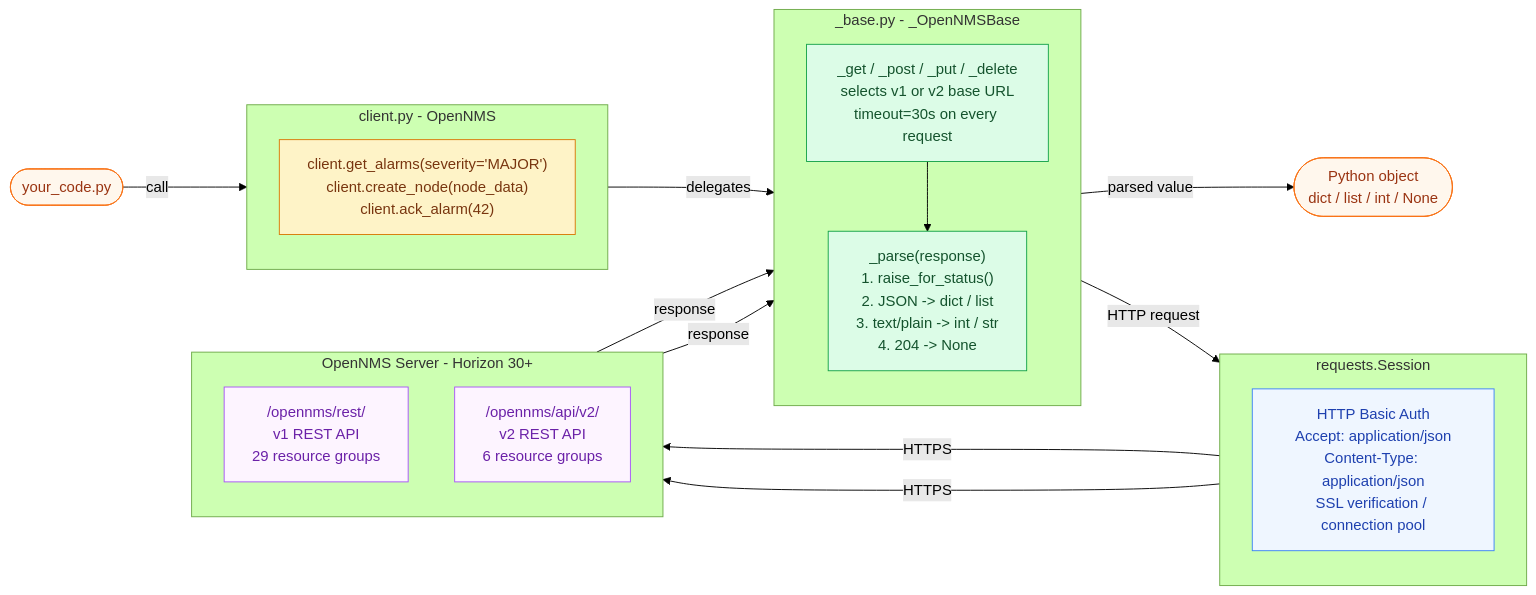
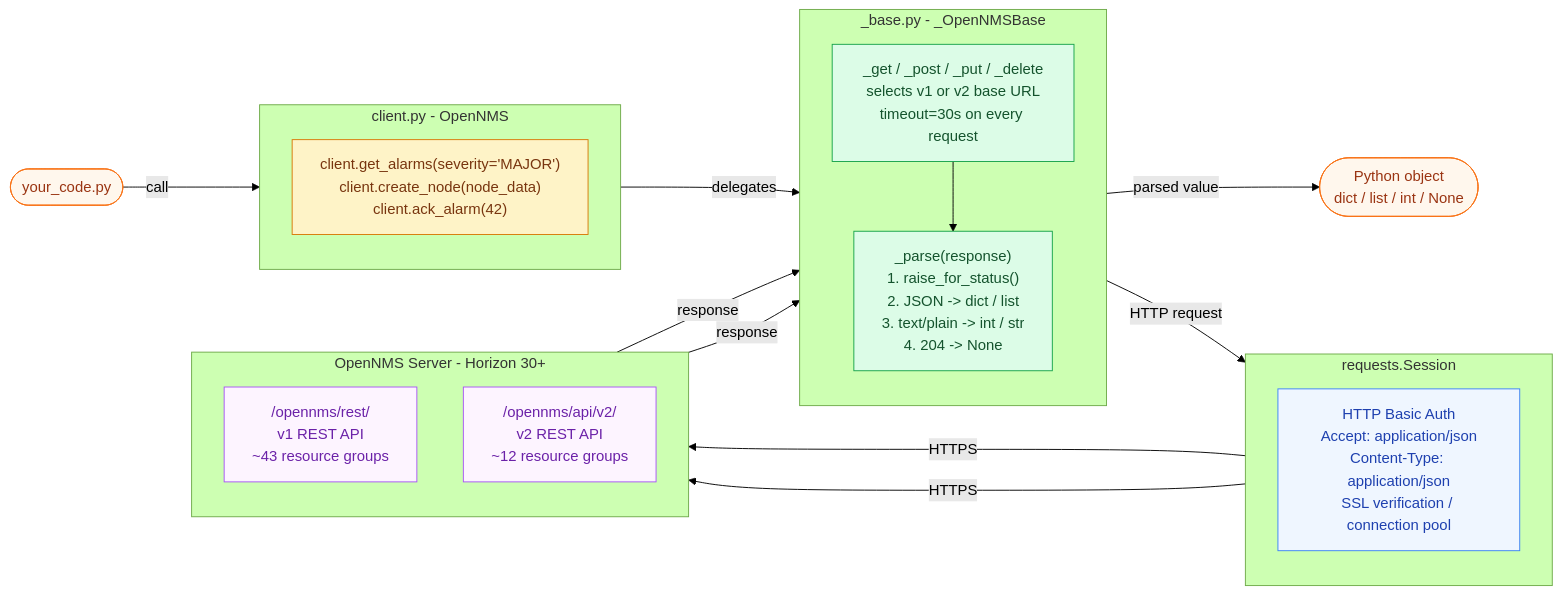
The second of 2 diagrams in MERMAID.md (cnewkirk/opennms-api-wrapper), drawn with Mermaid (forest theme) before and after one commit. The commit also changed 4 other files, not shown here.

````diff
--- a/MERMAID.md
+++ b/MERMAID.md
@@ -148,48 +148,48 @@
 ```mermaid
 flowchart LR
     code(["your_code.py"])
 
     subgraph client_layer["client.py - OpenNMS"]
         method["client.get_alarms(severity='MAJOR')<br/>client.create_node(node_data)<br/>client.ack_alarm(42)"]
     end
 
     subgraph base_layer["_base.py - _OpenNMSBase"]
         direction TB
         helpers["_get / _post / _put / _delete<br/>selects v1 or v2 base URL<br/>timeout=30s on every request"]
         parse["_parse(response)<br/>1. raise_for_status()<br/>2. JSON       -> dict / list<br/>3. text/plain -> int / str<br/>4. 204        -> None"]
         helpers --> parse
     end
 
     subgraph sess_layer["requests.Session"]
         sess["HTTP Basic Auth<br/>Accept: application/json<br/>Content-Type: application/json<br/>SSL verification / connection pool"]
     end
 
     subgraph api_layer["OpenNMS Server - Horizon 30+"]
         direction TB
-        v1["/opennms/rest/<br/>v1 REST API<br/>29 resource groups"]
-        v2["/opennms/api/v2/<br/>v2 REST API<br/>6 resource groups"]
+        v1["/opennms/rest/<br/>v1 REST API<br/>~43 resource groups"]
+        v2["/opennms/api/v2/<br/>v2 REST API<br/>~12 resource groups"]
     end
 
     result(["Python object<br/>dict / list / int / None"])
 
     code         -->|"call"| client_layer
     client_layer -->|"delegates"| helpers
     helpers      -->|"HTTP request"| sess_layer
     sess_layer   -->|"HTTPS"| v1
     sess_layer   -->|"HTTPS"| v2
     v1           -->|"response"| parse
     v2           -->|"response"| parse
     parse        -->|"parsed value"| result
 
     classDef user    fill:#fff7ed,stroke:#f97316,color:#9a3412
     classDef client  fill:#fef3c7,stroke:#d97706,color:#78350f
     classDef base    fill:#dcfce7,stroke:#16a34a,color:#14532d
     classDef session fill:#eff6ff,stroke:#3b82f6,color:#1e40af
     classDef api     fill:#fdf4ff,stroke:#a855f7,color:#6b21a8
 
     class code,result user
     class method client
     class helpers,parse base
     class sess session
     class v1,v2 api
 ```
````
